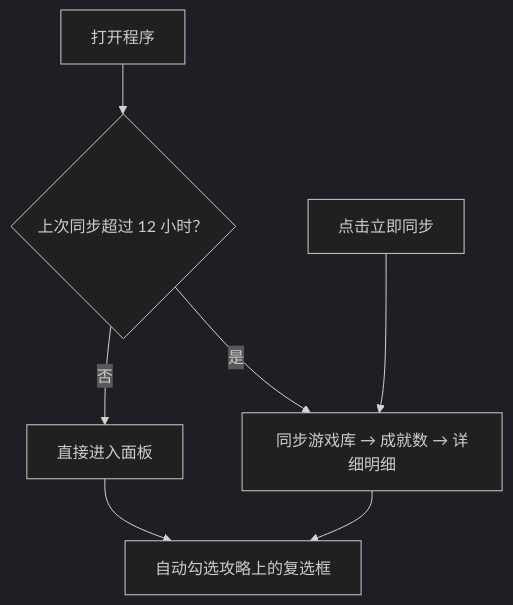
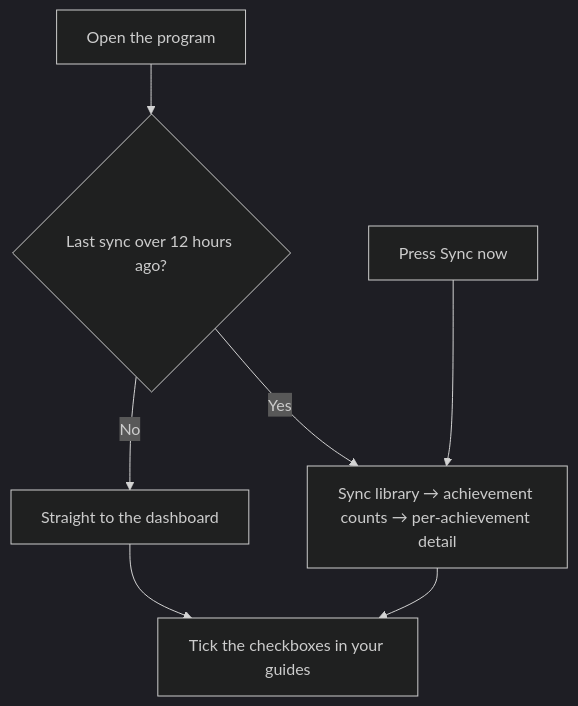
The first of 2 diagrams in README.md (LethalKebab/steam-achievement-tracker), drawn with Mermaid (dark theme) before and after one commit. The commit also changed other lines of this file and 4 other files, not shown here.

````diff
--- a/README.md
+++ b/README.md
@@ -13,9 +15,9 @@
 ```mermaid
 graph TD
-    A["打开程序"] --> B{"上次同步超过 12 小时？"}
-    B -- 是 --> C["同步游戏库 → 成就数 → 详细明细"]
-    B -- 否 --> D["直接进入面板"]
-    M["点击立即同步"] --> C
-    C --> E["自动勾选攻略上的复选框"]
+    A["Open the program"] --> B{"Last sync over 12 hours ago?"}
+    B -- Yes --> C["Sync library → achievement counts → per-achievement detail"]
+    B -- No --> D["Straight to the dashboard"]
+    M["Press Sync now"] --> C
+    C --> E["Tick the checkboxes in your guides"]
     D --> E
 ```
````
